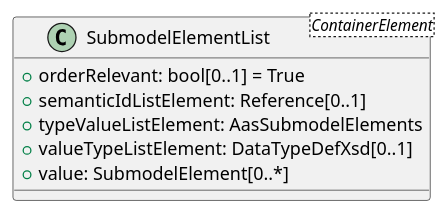
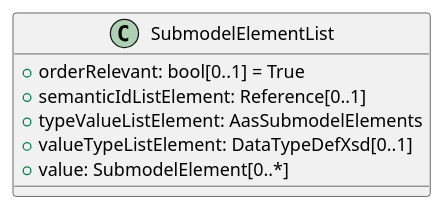
The diagram in documentation/IDTA-01001/modules/ROOT/partials/diagrams/classes/submodel-element-list.puml (admin-shell-io/aas-specs), drawn with PlantUML before and after one commit. The commit also changed 13 other files, not shown here.

Commit message:
Revert introduction of ContainerElement submodel element class (#333)

```diff
--- a/documentation/IDTA-01001/modules/ROOT/partials/diagrams/classes/submodel-element-list.puml
+++ b/documentation/IDTA-01001/modules/ROOT/partials/diagrams/classes/submodel-element-list.puml
@@ -1,9 +1,9 @@
 @startuml
-class SubmodelElementList<ContainerElement> {
+class SubmodelElementList {
   +orderRelevant: bool[0..1] = True
   +semanticIdListElement: Reference[0..1]
   +typeValueListElement: AasSubmodelElements
   +valueTypeListElement: DataTypeDefXsd[0..1]
   +value: SubmodelElement[0..*]
 }
 @enduml
```
